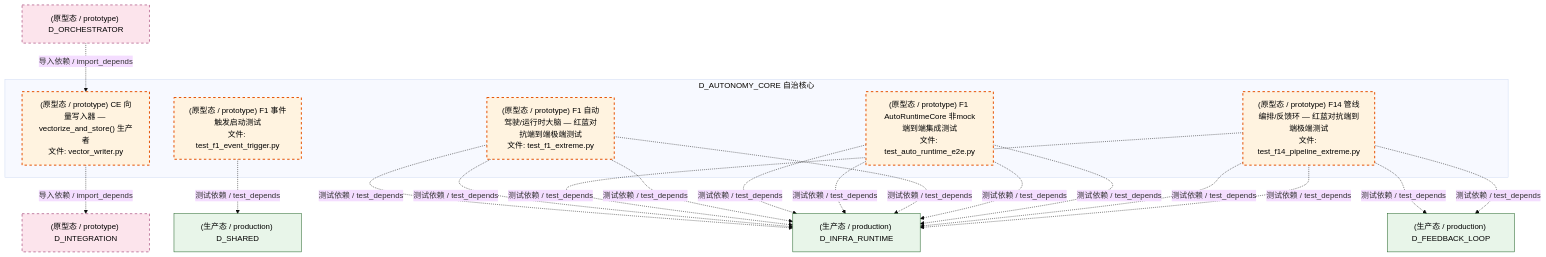
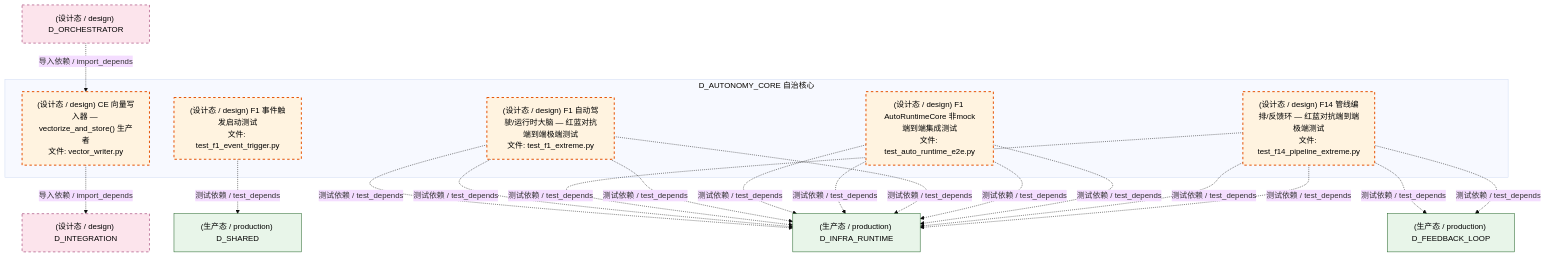
Before and after one commit to xuanFelixVan/ZephyrAlpha: the seventh of 8 diagrams in docs/02_enterprise_architecture/02_domain_architecture_docs/07_d_autonomy_core.md, drawn with Mermaid (base theme). The commit also changed other lines of this file and 177 other files, not shown here.

````diff
--- a/docs/02_enterprise_architecture/02_domain_architecture_docs/07_d_autonomy_core.md
+++ b/docs/02_enterprise_architecture/02_domain_architecture_docs/07_d_autonomy_core.md
@@ -744,38 +743,38 @@
 ```mermaid
 graph TD
     subgraph D_AUTONOMY_CORE["D_AUTONOMY_CORE 自治核心"]
-        src_zephyr_integration_vector_memory_vector_writer_py["(原型态 / prototype) CE 向量写入器 — vectorize_and_store() 生产者<br/>文件: vector_writer.py"]
-        tests_automation_test_auto_runtime_e2e_py["(原型态 / prototype) F1 AutoRuntimeCore 非mock端到端集成测试<br/>文件: test_auto_runtime_e2e.py"]
-        tests_f_lifecycle_test_f1_event_trigger_py["(原型态 / prototype) F1 事件触发启动测试<br/>文件: test_f1_event_trigger.py"]
-        tests_trading_extreme_test_f14_pipeline_extreme_py["(原型态 / prototype) F14 管线编排/反馈环 — 红蓝对抗端到端极端测试<br/>文件: test_f14_pipeline_extreme.py"]
-        tests_trading_extreme_test_f1_extreme_py["(原型态 / prototype) F1 自动驾驶/运行时大脑 — 红蓝对抗端到端极端测试<br/>文件: test_f1_extreme.py"]
+        src_zephyr_integration_vector_memory_vector_writer_py["(设计态 / design) CE 向量写入器 — vectorize_and_store() 生产者<br/>文件: vector_writer.py"]
+        tests_automation_test_auto_runtime_e2e_py["(设计态 / design) F1 AutoRuntimeCore 非mock端到端集成测试<br/>文件: test_auto_runtime_e2e.py"]
+        tests_f_lifecycle_test_f1_event_trigger_py["(设计态 / design) F1 事件触发启动测试<br/>文件: test_f1_event_trigger.py"]
+        tests_trading_extreme_test_f14_pipeline_extreme_py["(设计态 / design) F14 管线编排/反馈环 — 红蓝对抗端到端极端测试<br/>文件: test_f14_pipeline_extreme.py"]
+        tests_trading_extreme_test_f1_extreme_py["(设计态 / design) F1 自动驾驶/运行时大脑 — 红蓝对抗端到端极端测试<br/>文件: test_f1_extreme.py"]
     end
     D_SHARED["(生产态 / production) D_SHARED"]
     tests_f_lifecycle_test_f1_event_trigger_py -.->|测试依赖 / test_depends| D_SHARED
     D_INFRA_RUNTIME["(生产态 / production) D_INFRA_RUNTIME"]
     tests_trading_extreme_test_f14_pipeline_extreme_py -.->|测试依赖 / test_depends| D_INFRA_RUNTIME
     tests_trading_extreme_test_f14_pipeline_extreme_py -.->|测试依赖 / test_depends| D_INFRA_RUNTIME
     tests_automation_test_auto_runtime_e2e_py -.->|测试依赖 / test_depends| D_INFRA_RUNTIME
     tests_automation_test_auto_runtime_e2e_py -.->|测试依赖 / test_depends| D_INFRA_RUNTIME
     tests_trading_extreme_test_f1_extreme_py -.->|测试依赖 / test_depends| D_INFRA_RUNTIME
     tests_automation_test_auto_runtime_e2e_py -.->|测试依赖 / test_depends| D_INFRA_RUNTIME
     D_FEEDBACK_LOOP["(生产态 / production) D_FEEDBACK_LOOP"]
     tests_trading_extreme_test_f14_pipeline_extreme_py -.->|测试依赖 / test_depends| D_FEEDBACK_LOOP
     tests_automation_test_auto_runtime_e2e_py -.->|测试依赖 / test_depends| D_INFRA_RUNTIME
     tests_trading_extreme_test_f1_extreme_py -.->|测试依赖 / test_depends| D_INFRA_RUNTIME
     tests_trading_extreme_test_f14_pipeline_extreme_py -.->|测试依赖 / test_depends| D_FEEDBACK_LOOP
-    D_INTEGRATION["(原型态 / prototype) D_INTEGRATION"]
+    D_INTEGRATION["(设计态 / design) D_INTEGRATION"]
     src_zephyr_integration_vector_memory_vector_writer_py -.->|导入依赖 / import_depends| D_INTEGRATION
     tests_trading_extreme_test_f14_pipeline_extreme_py -.->|测试依赖 / test_depends| D_INFRA_RUNTIME
     tests_trading_extreme_test_f1_extreme_py -.->|测试依赖 / test_depends| D_INFRA_RUNTIME
     tests_trading_extreme_test_f1_extreme_py -.->|测试依赖 / test_depends| D_INFRA_RUNTIME
-    D_ORCHESTRATOR["(原型态 / prototype) D_ORCHESTRATOR"]
+    D_ORCHESTRATOR["(设计态 / design) D_ORCHESTRATOR"]
     D_ORCHESTRATOR -.->|导入依赖 / import_depends| src_zephyr_integration_vector_memory_vector_writer_py
     classDef production fill:#e1f5fe,stroke:#01579b,stroke-width:2px,color:#000
     classDef design fill:#fff3e0,stroke:#e65100,stroke-width:2px,color:#000,stroke-dasharray: 5 5
     classDef external_prod fill:#e8f5e9,stroke:#1b5e20,stroke-width:1px,color:#000
     classDef external_design fill:#fce4ec,stroke:#880e4f,stroke-width:1px,color:#000,stroke-dasharray: 5 5
     class src_zephyr_integration_vector_memory_vector_writer_py,tests_automation_test_auto_runtime_e2e_py,tests_f_lifecycle_test_f1_event_trigger_py,tests_trading_extreme_test_f14_pipeline_extreme_py,tests_trading_extreme_test_f1_extreme_py design
     class D_SHARED,D_INFRA_RUNTIME,D_FEEDBACK_LOOP external_prod
     class D_INTEGRATION,D_ORCHESTRATOR external_design
 ```
````
